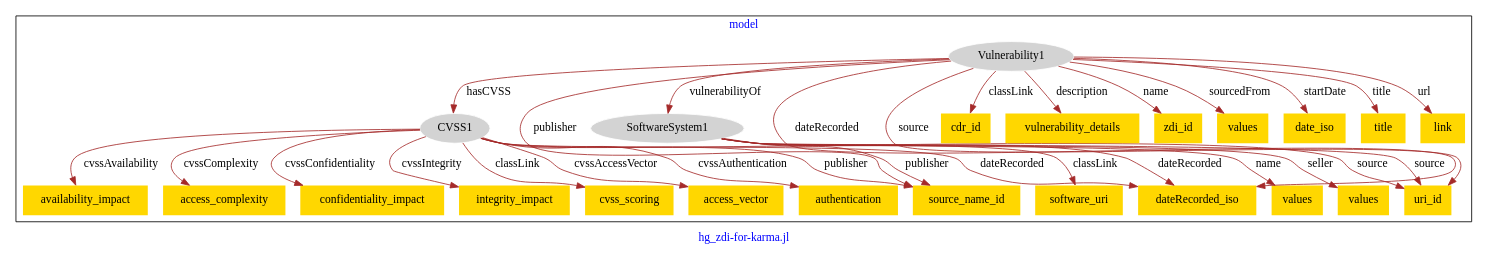
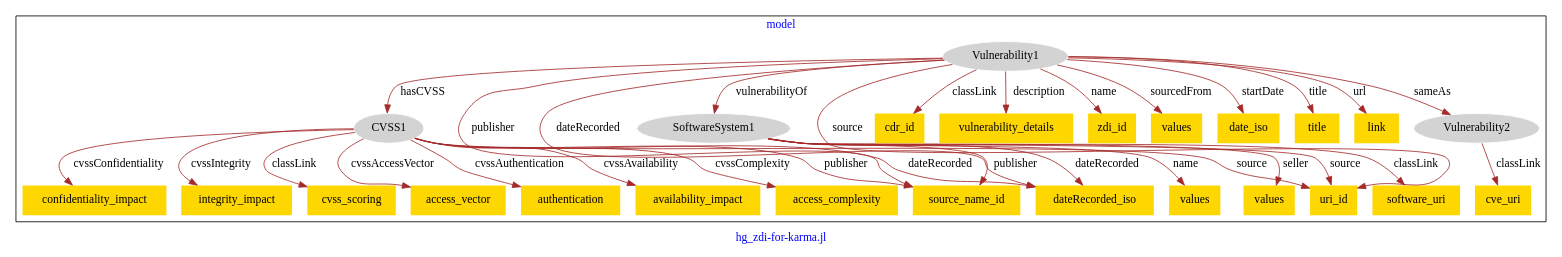
The diagram in models/hg-zdi/hg_zdi-model.dot (usc-isi-i2/effect-alignment), drawn with Graphviz before and after one commit.

Commit message:
Update file hg_zdi-model.dot

```diff
--- a/models/hg-zdi/hg_zdi-model.dot
+++ b/models/hg-zdi/hg_zdi-model.dot
@@ -1,59 +1,63 @@
 digraph n0 {
 fontcolor="blue"
 remincross="true"
 label="hg_zdi-for-karma.jl"
 subgraph cluster {
 label="model"
 n2[style="filled",color="white",fillcolor="lightgray",label="CVSS1"];
 n3[shape="plaintext",style="filled",fillcolor="gold",label="cvss_scoring"];
 n4[shape="plaintext",style="filled",fillcolor="gold",label="access_vector"];
 n5[shape="plaintext",style="filled",fillcolor="gold",label="authentication"];
 n6[shape="plaintext",style="filled",fillcolor="gold",label="availability_impact"];
 n7[shape="plaintext",style="filled",fillcolor="gold",label="access_complexity"];
 n8[shape="plaintext",style="filled",fillcolor="gold",label="confidentiality_impact"];
 n9[shape="plaintext",style="filled",fillcolor="gold",label="integrity_impact"];
 n10[shape="plaintext",style="filled",fillcolor="gold",label="source_name_id"];
 n11[style="filled",color="white",fillcolor="lightgray",label="SoftwareSystem1"];
 n12[shape="plaintext",style="filled",fillcolor="gold",label="software_uri"];
 n13[shape="plaintext",style="filled",fillcolor="gold",label="dateRecorded_iso"];
 n14[shape="plaintext",style="filled",fillcolor="gold",label="values"];
 n15[shape="plaintext",style="filled",fillcolor="gold",label="values"];
 n16[shape="plaintext",style="filled",fillcolor="gold",label="uri_id"];
 n17[style="filled",color="white",fillcolor="lightgray",label="Vulnerability1"];
 n18[shape="plaintext",style="filled",fillcolor="gold",label="cdr_id"];
 n19[shape="plaintext",style="filled",fillcolor="gold",label="vulnerability_details"];
 n20[shape="plaintext",style="filled",fillcolor="gold",label="zdi_id"];
 n21[shape="plaintext",style="filled",fillcolor="gold",label="values"];
 n22[shape="plaintext",style="filled",fillcolor="gold",label="date_iso"];
 n23[shape="plaintext",style="filled",fillcolor="gold",label="title"];
 n24[shape="plaintext",style="filled",fillcolor="gold",label="link"];
+n25[style="filled",color="white",fillcolor="lightgray",label="Vulnerability2"];
+n26[shape="plaintext",style="filled",fillcolor="gold",label="cve_uri"];
 }
 n2 -> n3[color="brown",fontcolor="black",label="classLink"]
 n2 -> n4[color="brown",fontcolor="black",label="cvssAccessVector"]
 n2 -> n5[color="brown",fontcolor="black",label="cvssAuthentication"]
 n2 -> n6[color="brown",fontcolor="black",label="cvssAvailability"]
 n2 -> n7[color="brown",fontcolor="black",label="cvssComplexity"]
 n2 -> n8[color="brown",fontcolor="black",label="cvssConfidentiality"]
 n2 -> n9[color="brown",fontcolor="black",label="cvssIntegrity"]
 n2 -> n10[color="brown",fontcolor="black",label="publisher"]
 n11 -> n12[color="brown",fontcolor="black",label="classLink"]
 n11 -> n13[color="brown",fontcolor="black",label="dateRecorded"]
 n11 -> n14[color="brown",fontcolor="black",label="name"]
 n11 -> n10[color="brown",fontcolor="black",label="publisher"]
 n11 -> n15[color="brown",fontcolor="black",label="seller"]
 n11 -> n16[color="brown",fontcolor="black",label="source"]
 n17 -> n18[color="brown",fontcolor="black",label="classLink"]
 n17 -> n19[color="brown",fontcolor="black",label="description"]
 n17 -> n20[color="brown",fontcolor="black",label="name"]
 n17 -> n10[color="brown",fontcolor="black",label="publisher"]
 n17 -> n21[color="brown",fontcolor="black",label="sourcedFrom"]
 n17 -> n22[color="brown",fontcolor="black",label="startDate"]
 n17 -> n23[color="brown",fontcolor="black",label="title"]
 n17 -> n24[color="brown",fontcolor="black",label="url"]
+n25 -> n26[color="brown",fontcolor="black",label="classLink"]
 n17 -> n2[color="brown",fontcolor="black",label="hasCVSS"]
+n2 -> n16[color="brown",fontcolor="black",label="source"]
+n17 -> n11[color="brown",fontcolor="black",label="vulnerabilityOf"]
+n17 -> n25[color="brown",fontcolor="black",label="sameAs"]
+n17 -> n13[color="brown",fontcolor="black",label="dateRecorded"]
 n2 -> n13[color="brown",fontcolor="black",label="dateRecorded"]
-n2 -> n16[color="brown",fontcolor="black",label="source"]
 n17 -> n16[color="brown",fontcolor="black",label="source"]
-n17 -> n11[color="brown",fontcolor="black",label="vulnerabilityOf"]
-n17 -> n13[color="brown",fontcolor="black",label="dateRecorded"]
 }
```
